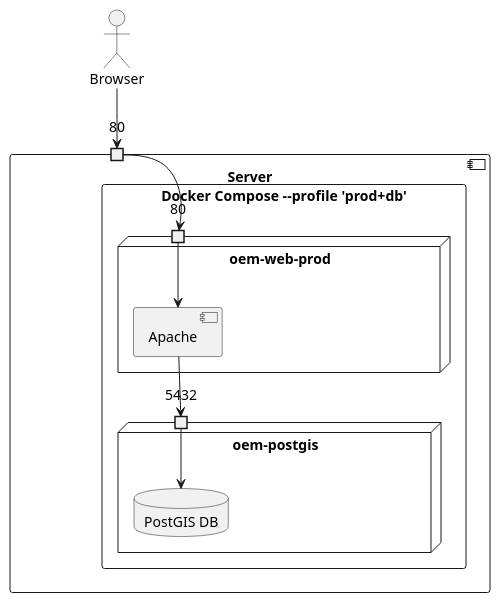
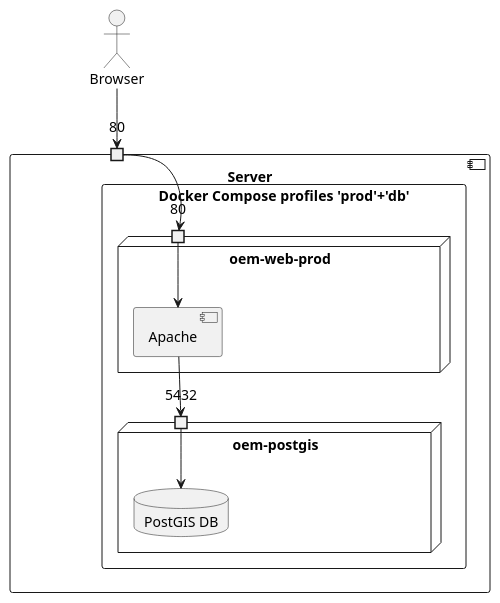
The diagram in images/prod+db.plantuml (Danysan1/osm-wikidata-map-framework), drawn with PlantUML before and after one commit. The commit also changed 12 other files, not shown here.

First line of the commit message:
Reformat docker-compose

```diff
--- a/images/prod+db.plantuml
+++ b/images/prod+db.plantuml
@@ -1,27 +1,27 @@
 @startuml prod+db
 
 actor Browser
 component Server {
   port "80" as 80docker
-  rectangle "Docker Compose --profile 'prod+db'" as docker {
+  rectangle "Docker Compose profiles 'prod'+'db'" as docker {
     node "oem-postgis" {
       port 5432 as 5432db
       database "PostGIS DB" as db
     }
     node "oem-web-prod" {
       port "80" as 80webProd
       component Apache
     }
   }
 }
 
 Apache --> 5432db
 
 Browser --> 80docker
 
 80docker --> 80webProd
 
 80webProd --> Apache
 5432db --> db
 
 @enduml
```
